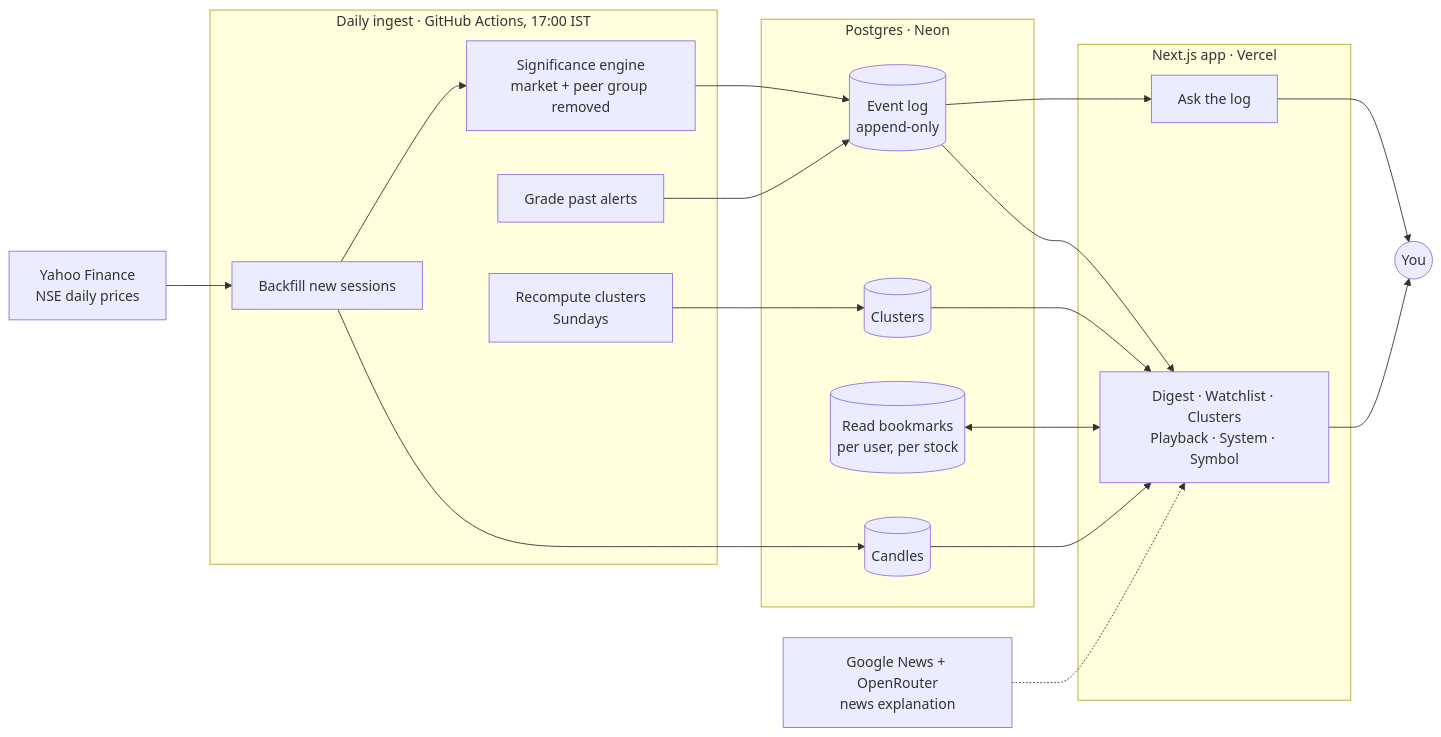
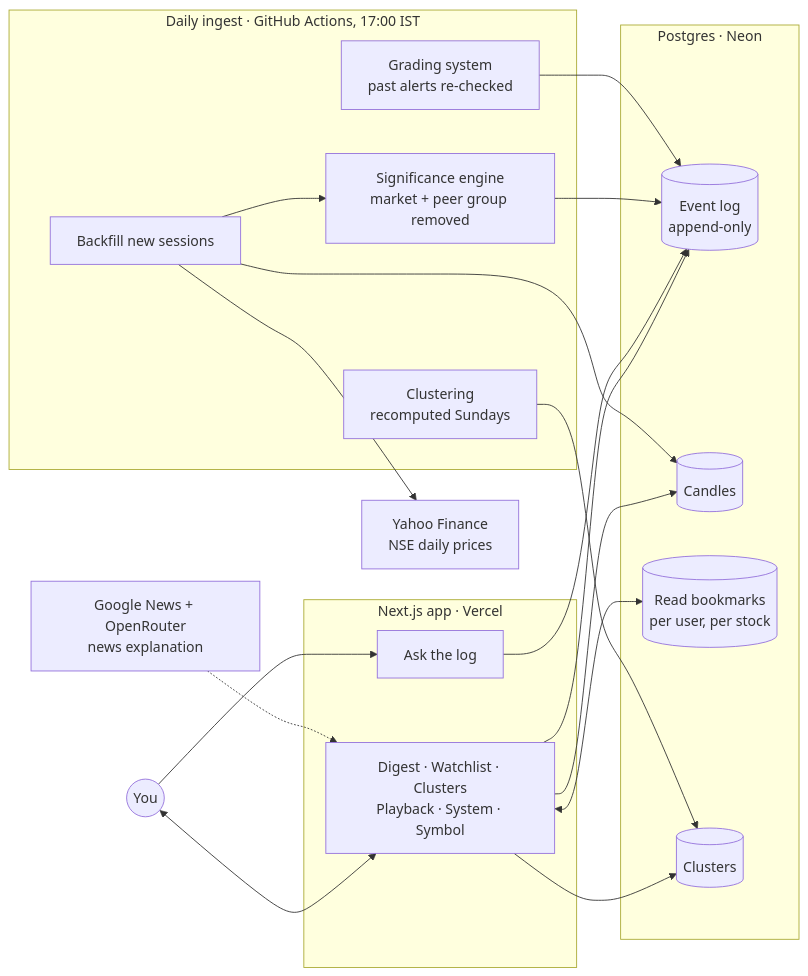
One commit to reema-s1/Ledger changed the diagram in README.md. Above: the diagram before and after it, drawn with Mermaid. The commit also changed 1 other file, not shown here.

Commit message:
Tone down ARCHITECTURE.md and redraw the README diagram around the user
ARCHITECTURE.md: removed the bug-narrative framing throughout ('a real
bug, caught before...', 'two real bugs surfaced...', 'a real gotcha',
'honest limitation', 'known gap') in favor of plain descriptions of the
current, correct behavior — the underlying design decisions are
unchanged, only the found-a-bug storytelling is gone. Rewrote the auth
section to describe what's actually built (cookie-based sessions, guest/
signup/login, hashed passwords) instead of the old 'no auth system
exists' placeholder text from before auth was added. Fixed two stale
references (the live Yahoo fetcher was described as 'not wired to a
vendor yet'; a since-removed stub file was still listed in the tree).

README: the architecture diagram now starts from You on the left and
reads outward to Yahoo Finance on the right — the reverse of the old
data-flow-first layout — with the significance engine, grading system,
and clustering each their own clearly named box in the ingest pipeline.

````diff
--- a/README.md
+++ b/README.md
@@ -29,37 +29,41 @@
 ```mermaid
 flowchart LR
-    Y["Yahoo Finance<br/>NSE daily prices"]
+    You(("You"))
 
-    subgraph ingest["Daily ingest · GitHub Actions, 17:00 IST"]
-        B["Backfill new sessions"]
-        S["Significance engine<br/>market + peer group removed"]
-        R["Grade past alerts"]
-        C["Recompute clusters<br/>Sundays"]
+    subgraph app["Next.js app · Vercel"]
+        P["Digest · Watchlist · Clusters<br/>Playback · System · Symbol"]
+        A["Ask the log"]
     end
 
     subgraph db["Postgres · Neon"]
         E[("Event log<br/>append-only")]
         K[("Candles")]
         U[("Read bookmarks<br/>per user, per stock")]
         G[("Clusters")]
     end
 
-    subgraph app["Next.js app · Vercel"]
-        P["Digest · Watchlist · Clusters<br/>Playback · System · Symbol"]
-        A["Ask the log"]
+    subgraph ingest["Daily ingest · GitHub Actions, 17:00 IST"]
+        B["Backfill new sessions"]
+        S["Significance engine<br/>market + peer group removed"]
+        R["Grading system<br/>past alerts re-checked"]
+        C["Clustering<br/>recomputed Sundays"]
     end
 
-    Y --> B --> K
+    Y["Yahoo Finance<br/>NSE daily prices"]
+
+    You <--> P
+    You --> A
+    P --> E
+    P --> K
+    P --> G
+    P <--> U
+    A --> E
+
+    B --> K
     B --> S --> E
     R --> E
     C --> G
-    E --> P
-    K --> P
-    G --> P
-    U <--> P
-    E --> A
-    P --> Browser(("You"))
-    A --> Browser
+    B --> Y
 
     O["Google News + OpenRouter<br/>news explanation"] -.-> P
 ```
````
